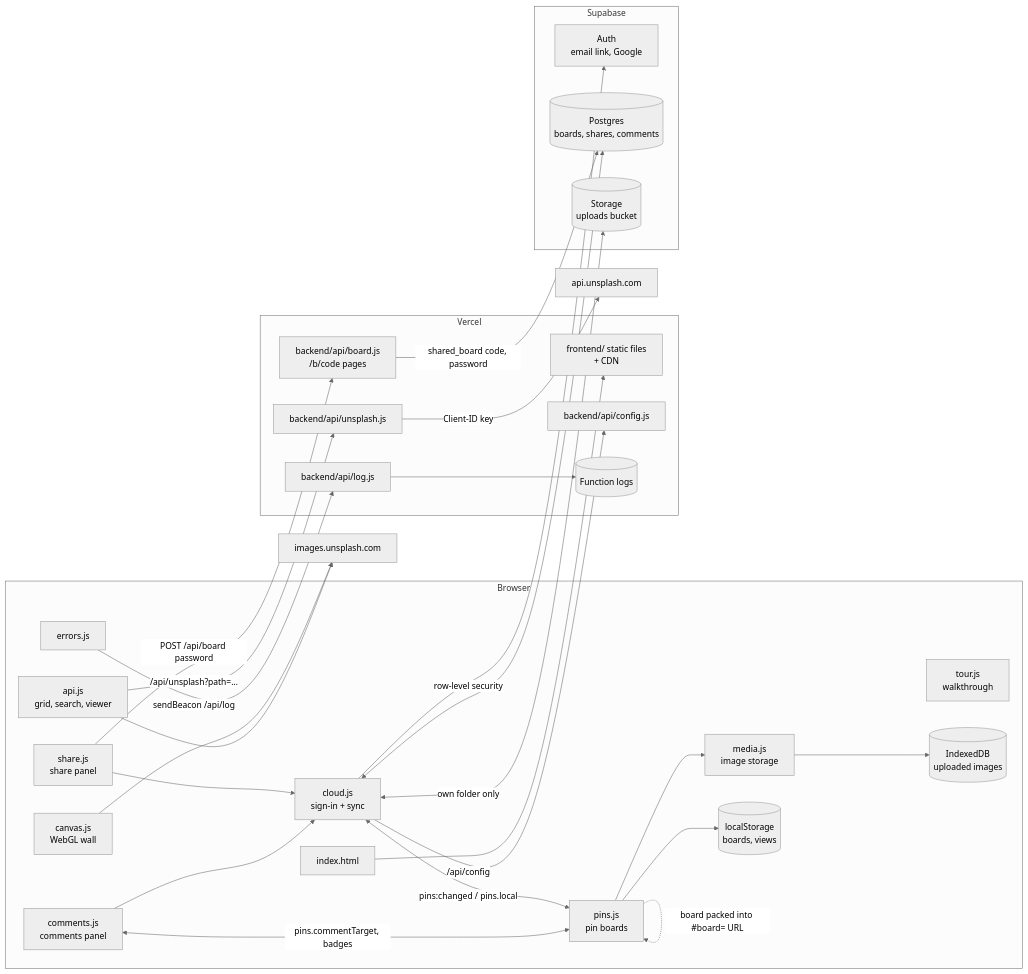
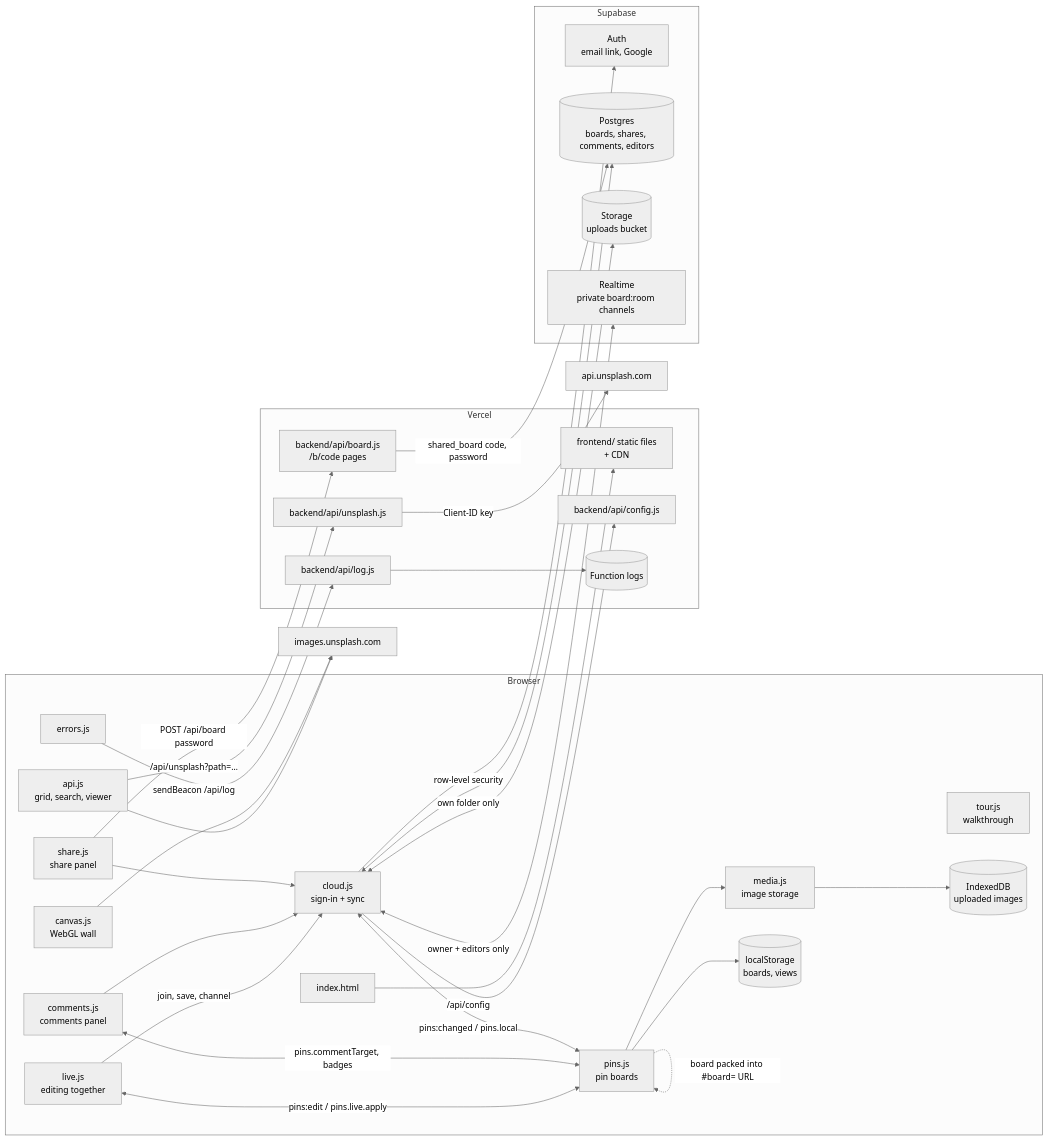
One commit to eklavyamisra/Aperture changed the diagram in ARCHITECTURE.md. Above: the diagram before and after it, drawn with Mermaid (neutral theme). The commit also changed other lines of this file and 15 other files, not shown here.

First line of the commit message:
Edit shared boards together, live (#21); sign-in returns to where you were

````diff
--- a/ARCHITECTURE.md
+++ b/ARCHITECTURE.md
@@ -9,51 +9,56 @@
 ```mermaid
 flowchart LR
     subgraph Browser
         HTML[index.html]
         ERR[errors.js]
         API[api.js<br/>grid, search, viewer]
         CV[canvas.js<br/>WebGL wall]
         PINS[pins.js<br/>pin boards]
         MEDIA[media.js<br/>image storage]
         TOUR[tour.js<br/>walkthrough]
         CLOUD[cloud.js<br/>sign-in + sync]
         SHARE[share.js<br/>share panel]
         COMM[comments.js<br/>comments panel]
+        LIVE[live.js<br/>editing together]
         LS[(localStorage<br/>boards, views)]
         IDB[(IndexedDB<br/>uploaded images)]
     end
     subgraph Vercel
         STATIC[frontend/ static files<br/>+ CDN]
         PROXY[backend/api/unsplash.js]
         LOG[backend/api/log.js]
         CFG[backend/api/config.js]
         BOARD[backend/api/board.js<br/>/b/code pages]
         LOGS[(Function logs)]
     end
     subgraph Supabase
         AUTH[Auth<br/>email link, Google]
-        DB[(Postgres<br/>boards, shares, comments)]
+        DB[(Postgres<br/>boards, shares, comments, editors)]
         BUCKET[(Storage<br/>uploads bucket)]
+        RT[Realtime<br/>private board:room channels]
     end
     UNS[api.unsplash.com]
     IMG[images.unsplash.com]
 
     HTML --> STATIC
     API -->|/api/unsplash?path=…| PROXY -->|Client-ID key| UNS
     CV --> IMG
     API --> IMG
     PINS --> LS
     PINS --> MEDIA --> IDB
     ERR -->|sendBeacon /api/log| LOG --> LOGS
     PINS -.->|board packed into #board= URL| PINS
     CLOUD -->|/api/config| CFG
     CLOUD <-->|pins:changed / pins.local| PINS
     CLOUD --> AUTH
     CLOUD <-->|row-level security| DB
     CLOUD <-->|own folder only| BUCKET
     BOARD -->|shared_board code, password| DB
     SHARE --> CLOUD
     SHARE -->|POST /api/board password| BOARD
     COMM --> CLOUD
     COMM <-->|pins.commentTarget, badges| PINS
+    LIVE <-->|pins:edit / pins.live.apply| PINS
+    LIVE -->|join, save, channel| CLOUD
+    CLOUD <-->|owner + editors only| RT
 ```
````
